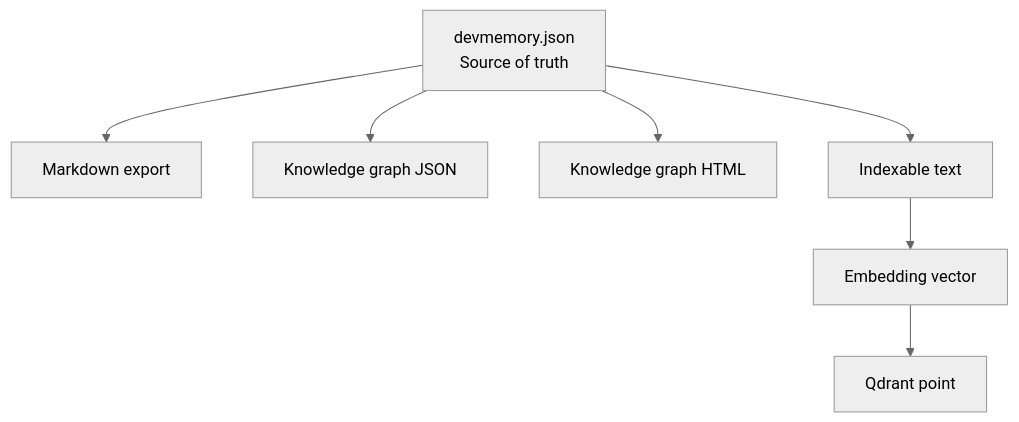
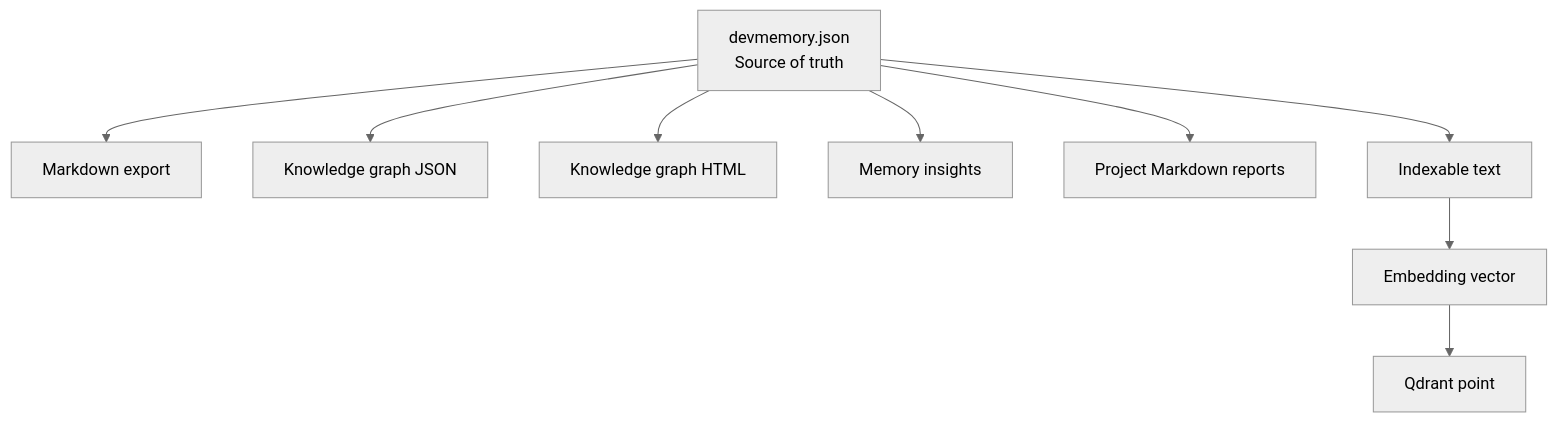
One commit to FilippoGaravaglia/DevMemory changed the second of 6 diagrams in docs/architecture.md. Above: the diagram before and after it, drawn with Mermaid (neutral theme). The commit also changed other lines of this file and 11 other files, not shown here.

Commit message:
Add project memory report command

````diff
--- a/docs/architecture.md
+++ b/docs/architecture.md
@@ -267,9 +288,11 @@
 ```mermaid
 flowchart TD
     A[devmemory.json<br/>Source of truth] --> B[Markdown export]
     A --> C[Knowledge graph JSON]
     A --> D[Knowledge graph HTML]
-    A --> E[Indexable text]
-    E --> F[Embedding vector]
-    F --> G[Qdrant point]
+    A --> E[Memory insights]
+    A --> F[Project Markdown reports]
+    A --> G[Indexable text]
+    G --> H[Embedding vector]
+    H --> I[Qdrant point]
 ```
````
